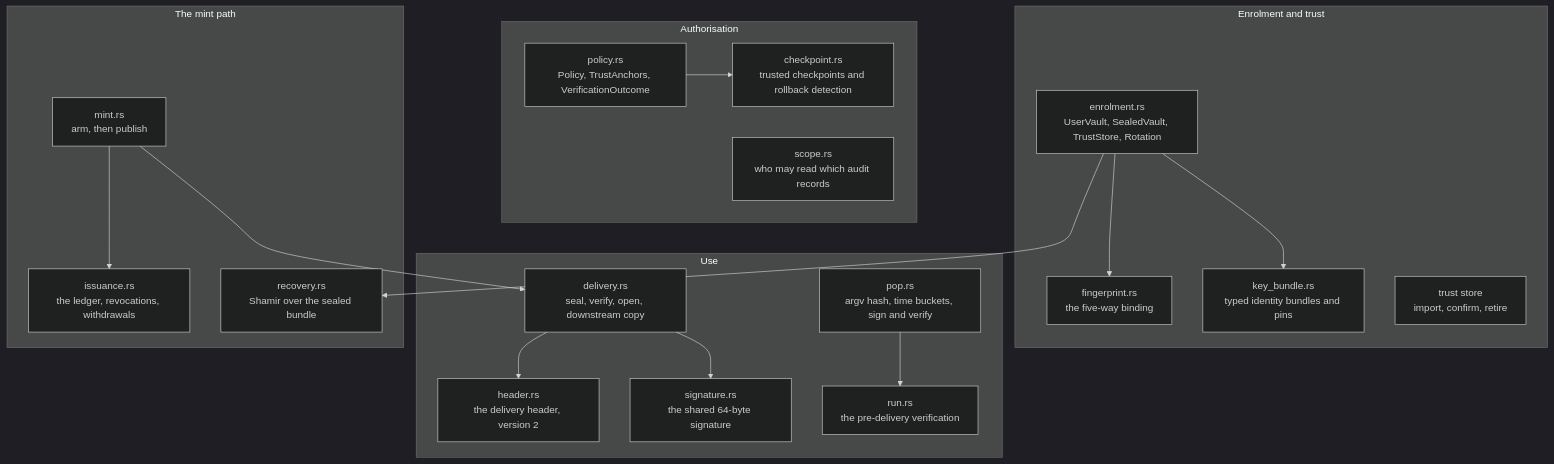
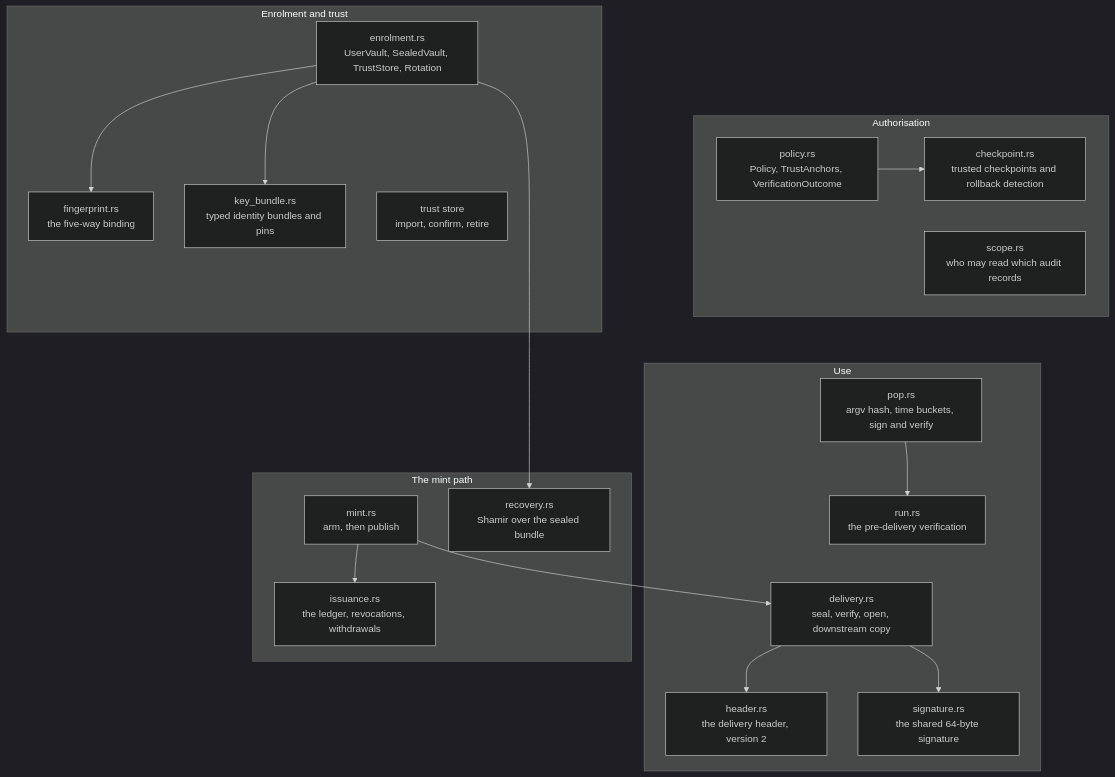
The first of 10 diagrams in site/docs/components/ksp-identity.md (bruj0/keyspout), drawn with Mermaid (dark theme) before and after one commit. The commit also changed other lines of this file and 22 other files, not shown here.

First line of the commit message:
feat(site): zoom every diagram, and make the wide ones vertical (#21)

````diff
--- a/site/docs/components/ksp-identity.md
+++ b/site/docs/components/ksp-identity.md
@@ -33,39 +33,42 @@
 ```mermaid
 graph TB
   subgraph Enrol["Enrolment and trust"]
     ENROL["enrolment.rs<br/>UserVault, SealedVault, TrustStore, Rotation"]
     FP["fingerprint.rs<br/>the five-way binding"]
     KB["key_bundle.rs<br/>typed identity bundles and pins"]
     TRUST["trust store<br/>import, confirm, retire"]
   end
 
   subgraph Auth["Authorisation"]
     POLICY["policy.rs<br/>Policy, TrustAnchors, VerificationOutcome"]
     CKPT["checkpoint.rs<br/>trusted checkpoints and rollback detection"]
     SCOPE["scope.rs<br/>who may read which audit records"]
   end
 
   subgraph Use["Use"]
     POP["pop.rs<br/>argv hash, time buckets, sign and verify"]
     DELIV["delivery.rs<br/>seal, verify, open, downstream copy"]
     HDR["header.rs<br/>the delivery header, version 2"]
     SIG["signature.rs<br/>the shared 64-byte signature"]
     RUN["run.rs<br/>the pre-delivery verification"]
   end
 
   subgraph Mint["The mint path"]
     MINT["mint.rs<br/>arm, then publish"]
     ISSU["issuance.rs<br/>the ledger, revocations, withdrawals"]
     REC["recovery.rs<br/>Shamir over the sealed bundle"]
   end
 
   ENROL --> FP
   ENROL --> KB
   ENROL --> REC
   POLICY --> CKPT
   MINT --> ISSU
   MINT --> DELIV
   DELIV --> HDR
   DELIV --> SIG
   POP --> RUN
+  Enrol ~~~ Auth
+  Auth ~~~ Use
+  Use ~~~ Mint
 ```
````
